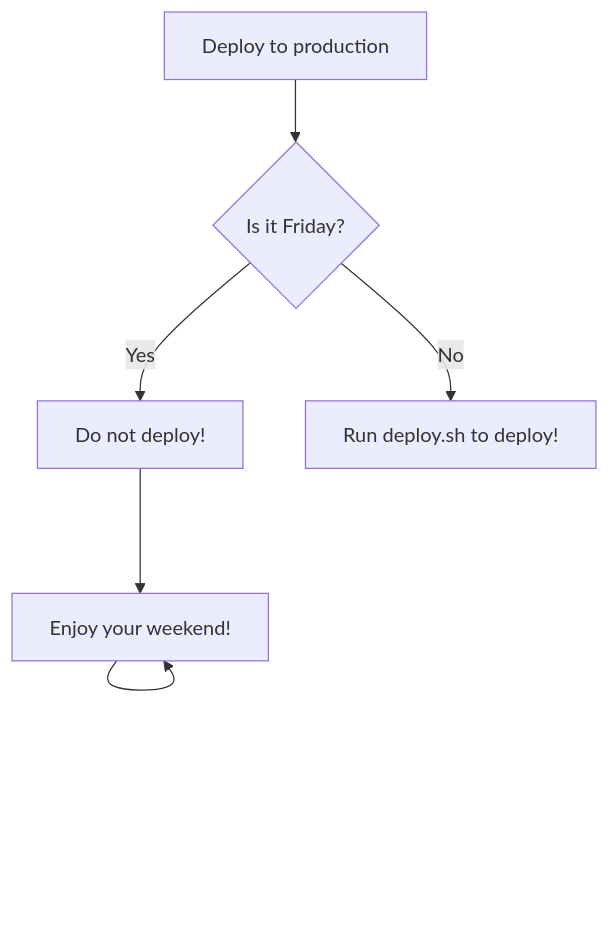
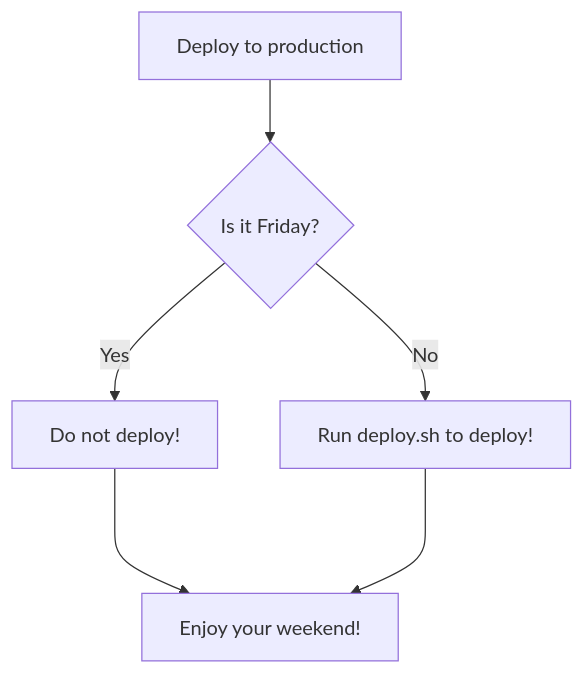
The diagram in README.md (Telsak/nfc_canvas), drawn with Mermaid before and after one commit.

Commit message:
mermaid test fix

````diff
--- a/README.md
+++ b/README.md
@@ -4,8 +4,8 @@
 ```mermaid
 flowchart TD
     A[Deploy to production] --> B{Is it Friday?};
     B -- Yes --> C[Do not deploy!];
     B -- No --> D[Run deploy.sh to deploy!];
     C ---> E[Enjoy your weekend!];
-    E ---> E[Enjoy your weekend!];
+    D ---> E[Enjoy your weekend!];
 ```
````
